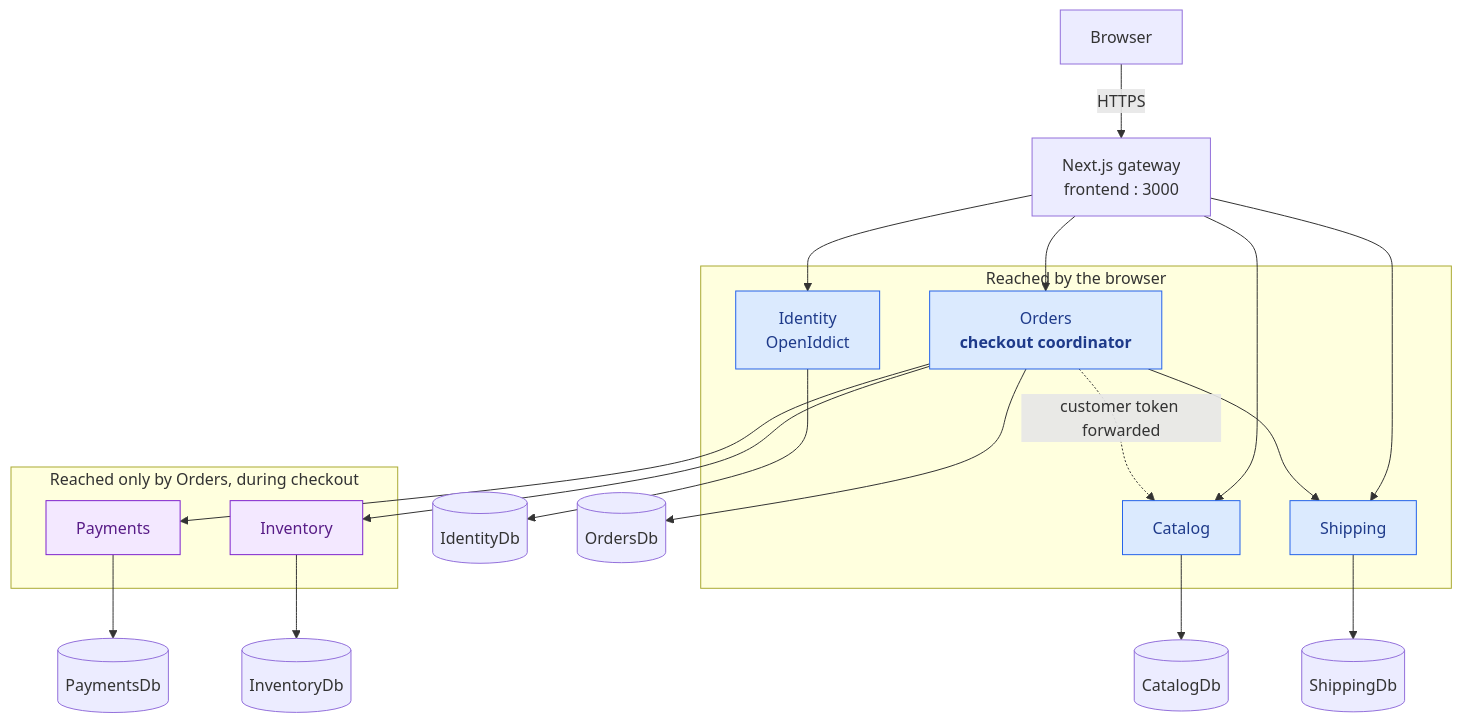
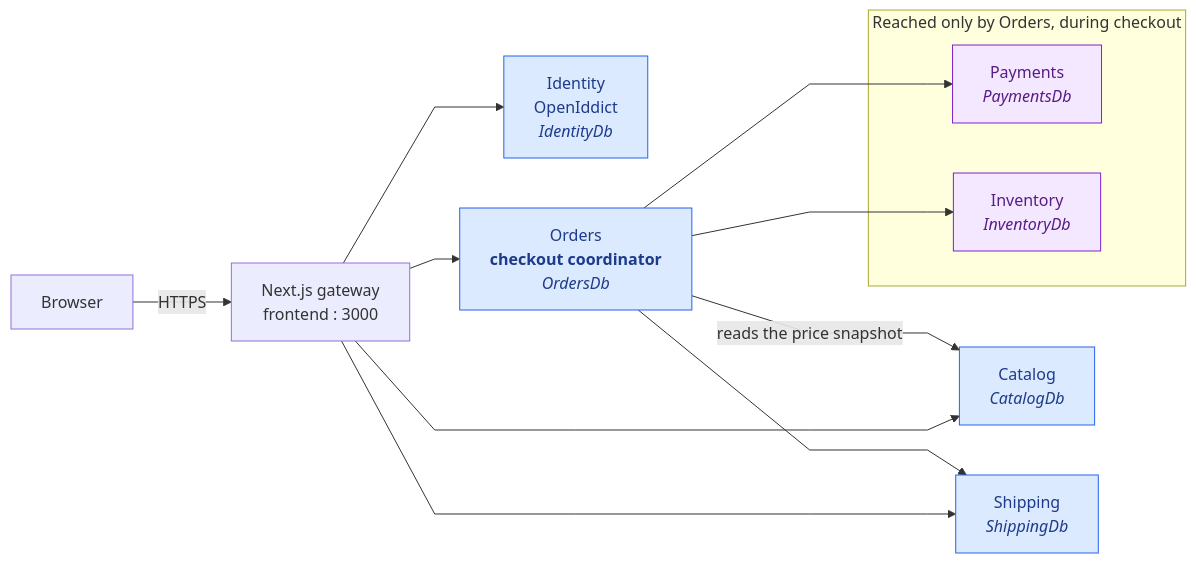
Before and after one commit to renanmoraisdasilva/luna: the third of 3 diagrams in README.md, drawn with Mermaid. The commit also changed other lines of this file and 6 other files, not shown here.

Commit message:
Stop forwarding the customer token to Catalog and require a service token for shipping quotes

````diff
--- a/README.md
+++ b/README.md
@@ -88,38 +84,30 @@
 ```mermaid
-flowchart TB
+%%{init: {"flowchart": {"curve": "linear"}} }%%
+flowchart LR
     Browser["Browser"] -->|"HTTPS"| GW["Next.js gateway<br/>frontend : 3000"]
 
-    subgraph Facing["Reached by the browser"]
-        Identity["Identity<br/>OpenIddict"]
-        Catalog["Catalog"]
-        Orders["Orders<br/><b>checkout coordinator</b>"]
-        Shipping["Shipping"]
-    end
+    Identity["Identity<br/>OpenIddict<br/><i>IdentityDb</i>"]
+    Catalog["Catalog<br/><i>CatalogDb</i>"]
+    Orders["Orders<br/><b>checkout coordinator</b><br/><i>OrdersDb</i>"]
+    Shipping["Shipping<br/><i>ShippingDb</i>"]
 
     subgraph Checkout["Reached only by Orders, during checkout"]
-        Payments["Payments"]
-        Inventory["Inventory"]
+        Payments["Payments<br/><i>PaymentsDb</i>"]
+        Inventory["Inventory<br/><i>InventoryDb</i>"]
     end
 
     GW --> Identity
     GW --> Catalog
     GW --> Orders
     GW --> Shipping
 
     Orders --> Payments
     Orders --> Inventory
     Orders --> Shipping
-    Orders -.->|"customer token forwarded"| Catalog
-
-    Identity --> IdDb[("IdentityDb")]
-    Catalog --> CatDb[("CatalogDb")]
-    Orders --> OrdDb[("OrdersDb")]
-    Payments --> PayDb[("PaymentsDb")]
-    Inventory --> InvDb[("InventoryDb")]
-    Shipping --> ShipDb[("ShippingDb")]
+    Orders -->|"reads the price snapshot"| Catalog
 
     classDef facing fill:#dbeafe,stroke:#2563eb,color:#1e3a8a
     classDef internal fill:#f3e8ff,stroke:#7e22ce,color:#581c87
     class Identity,Catalog,Orders,Shipping facing
     class Payments,Inventory internal
 ```
````
